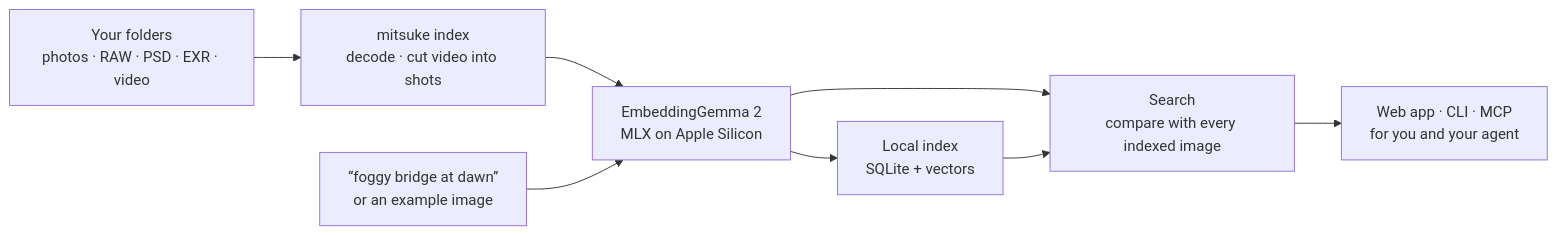
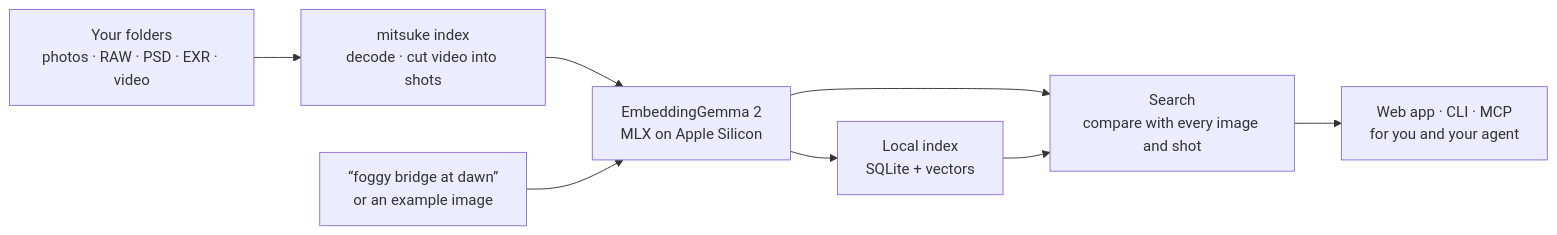
The diagram in README.md (kanaworksai-hue/mitsuke), drawn with Mermaid before and after one commit. The commit also changed other lines of this file and 10 other files, not shown here.

````diff
--- a/README.md
+++ b/README.md
@@ -48,10 +48,10 @@
 ```mermaid
 flowchart LR
     F["Your folders<br/>photos · RAW · PSD · EXR · video"] --> I["mitsuke index<br/>decode · cut video into shots"]
     I --> M["EmbeddingGemma 2<br/>MLX on Apple Silicon"]
     M --> D["Local index<br/>SQLite + vectors"]
     Q["“foggy bridge at dawn”<br/>or an example image"] --> M
-    M --> S["Search<br/>compare with every indexed image"]
+    M --> S["Search<br/>compare with every image and shot"]
     D --> S
     S --> R["Web app · CLI · MCP<br/>for you and your agent"]
 ```
````
